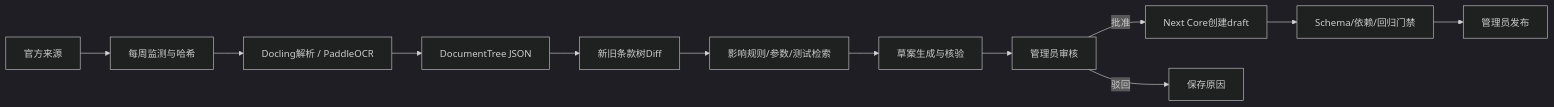
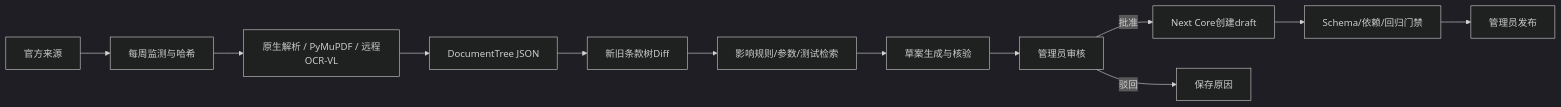
Before and after one commit to Jan-mx/Socila: the first of 2 diagrams in docs/refactor/policy-ops-agent/PRD.md, drawn with Mermaid (dark theme). The commit also changed other lines of this file and 25 other files, not shown here.

````diff
--- a/docs/refactor/policy-ops-agent/PRD.md
+++ b/docs/refactor/policy-ops-agent/PRD.md
@@ -47,14 +47,14 @@
 ```mermaid
 flowchart LR
     Source[官方来源] --> Monitor[每周监测与哈希]
-    Monitor --> Parse[Docling解析 / PaddleOCR]
+    Monitor --> Parse[原生解析 / PyMuPDF / 远程OCR-VL]
     Parse --> Tree[DocumentTree JSON]
     Tree --> Diff[新旧条款树Diff]
     Diff --> Impact[影响规则/参数/测试检索]
     Impact --> Draft[草案生成与核验]
     Draft --> Review[管理员审核]
     Review -->|批准| CoreDraft[Next Core创建draft]
     Review -->|驳回| Archive[保存原因]
     CoreDraft --> Gates[Schema/依赖/回归门禁]
     Gates --> Publish[管理员发布]
 ```
````
